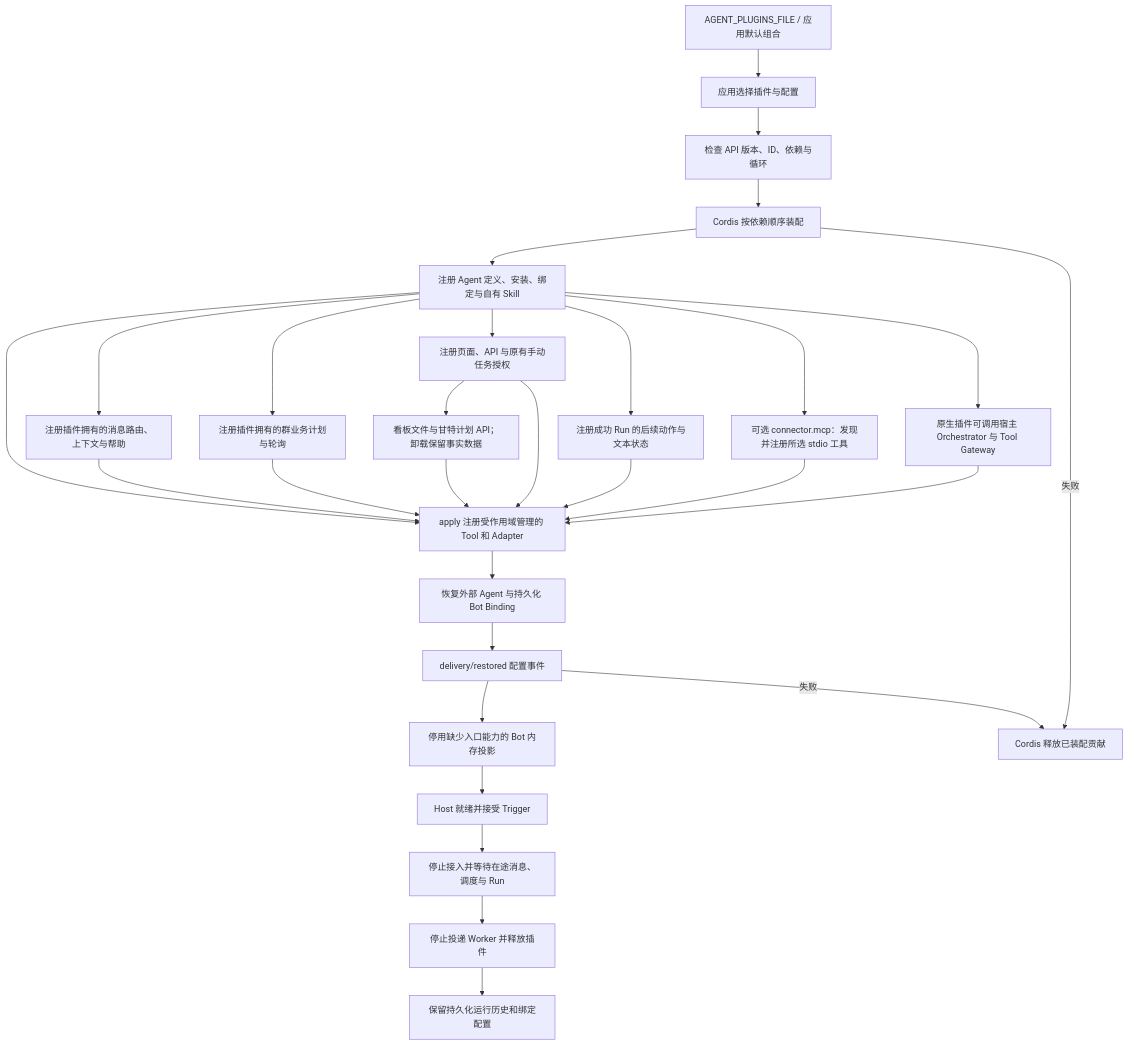
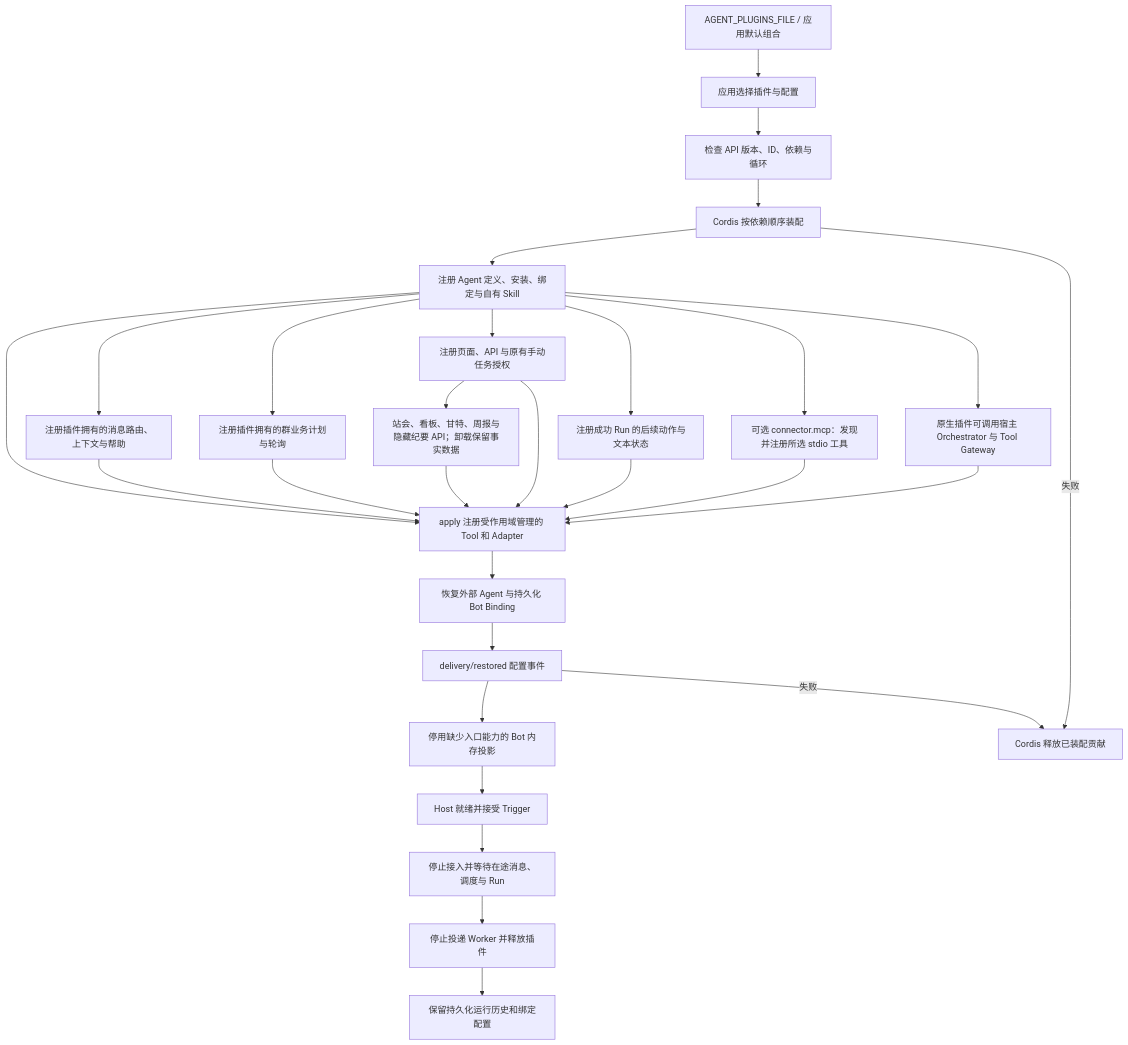
One commit to KlayPeter/AI-Delivery-Ops-Agent changed the diagram in backend/src/platform/plugins/FEATURE.md. Above: the diagram before and after it, drawn with Mermaid. The commit also changed other lines of this file and 32 other files, not shown here.

````diff
--- a/backend/src/platform/plugins/FEATURE.md
+++ b/backend/src/platform/plugins/FEATURE.md
@@ -21,31 +21,31 @@
 ```mermaid
 flowchart TD
     Y[AGENT_PLUGINS_FILE / 应用默认组合] --> A[应用选择插件与配置]
     A --> B[检查 API 版本、ID、依赖与循环]
     B --> C[Cordis 按依赖顺序装配]
     C --> D[注册 Agent 定义、安装、绑定与自有 Skill]
     D --> E[apply 注册受作用域管理的 Tool 和 Adapter]
     D --> MR[注册插件拥有的消息路由、上下文与帮助]
     MR --> E
     D --> SJ[注册插件拥有的群业务计划与轮询]
     SJ --> E
     D --> WEB[注册页面、API 与原有手动任务授权]
-    WEB --> VIS[看板文件与甘特计划 API；卸载保留事实数据]
+    WEB --> VIS[站会、看板、甘特、周报与隐藏纪要 API；卸载保留事实数据]
     VIS --> E
     WEB --> E
     D --> RA[注册成功 Run 的后续动作与文本状态]
     RA --> E
     D --> MCP[可选 connector.mcp：发现并注册所选 stdio 工具]
     MCP --> E
     D --> NS[原生插件可调用宿主 Orchestrator 与 Tool Gateway]
     NS --> E
     E --> F[恢复外部 Agent 与持久化 Bot Binding]
     F --> G[delivery/restored 配置事件]
     G --> H[停用缺少入口能力的 Bot 内存投影]
     H --> I[Host 就绪并接受 Trigger]
     C -- 失败 --> X[Cordis 释放已装配贡献]
     G -- 失败 --> X
     I --> J[停止接入并等待在途消息、调度与 Run]
     J --> K[停止投递 Worker 并释放插件]
     K --> L[保留持久化运行历史和绑定配置]
 ```
````
